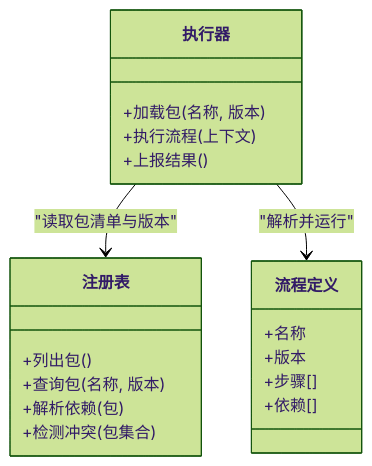
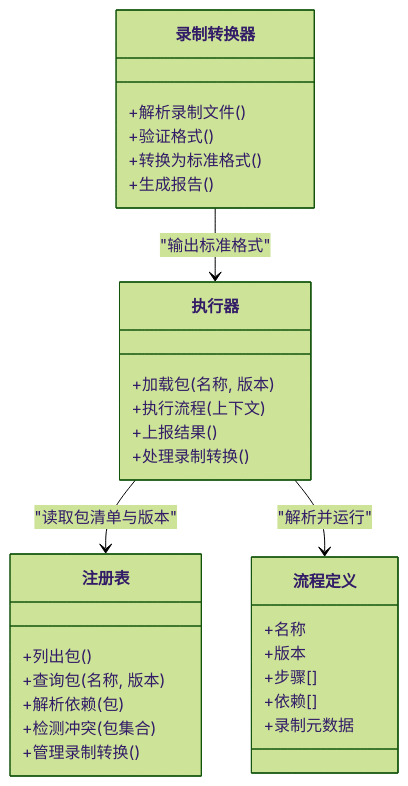
One commit to hanago33/WT_Automation changed the fifth of 10 diagrams in .qoder/repowiki/zh/content/流程管理/流程包管理/流程包管理.md. Above: the diagram before and after it, drawn with Mermaid (forest theme). The commit also changed other lines of this file and 220 other files, not shown here.

````diff
--- a/.qoder/repowiki/zh/content/流程管理/流程包管理/流程包管理.md
+++ b/.qoder/repowiki/zh/content/流程管理/流程包管理/流程包管理.md
@@ -253,22 +339,32 @@
 ```mermaid
 classDiagram
 class 注册表 {
 +列出包()
 +查询包(名称, 版本)
 +解析依赖(包)
 +检测冲突(包集合)
++管理录制转换()
 }
 class 流程定义 {
 +名称
 +版本
 +步骤[]
 +依赖[]
++录制元数据
+}
+class 录制转换器 {
++解析录制文件()
++验证格式()
++转换为标准格式()
++生成报告()
 }
 class 执行器 {
 +加载包(名称, 版本)
 +执行流程(上下文)
 +上报结果()
++处理录制转换()
 }
 执行器 --> 注册表 : "读取包清单与版本"
 执行器 --> 流程定义 : "解析并运行"
+录制转换器 --> 执行器 : "输出标准格式"
 ```
````
